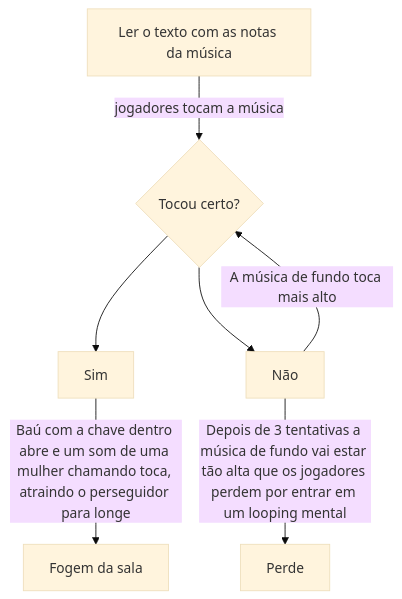
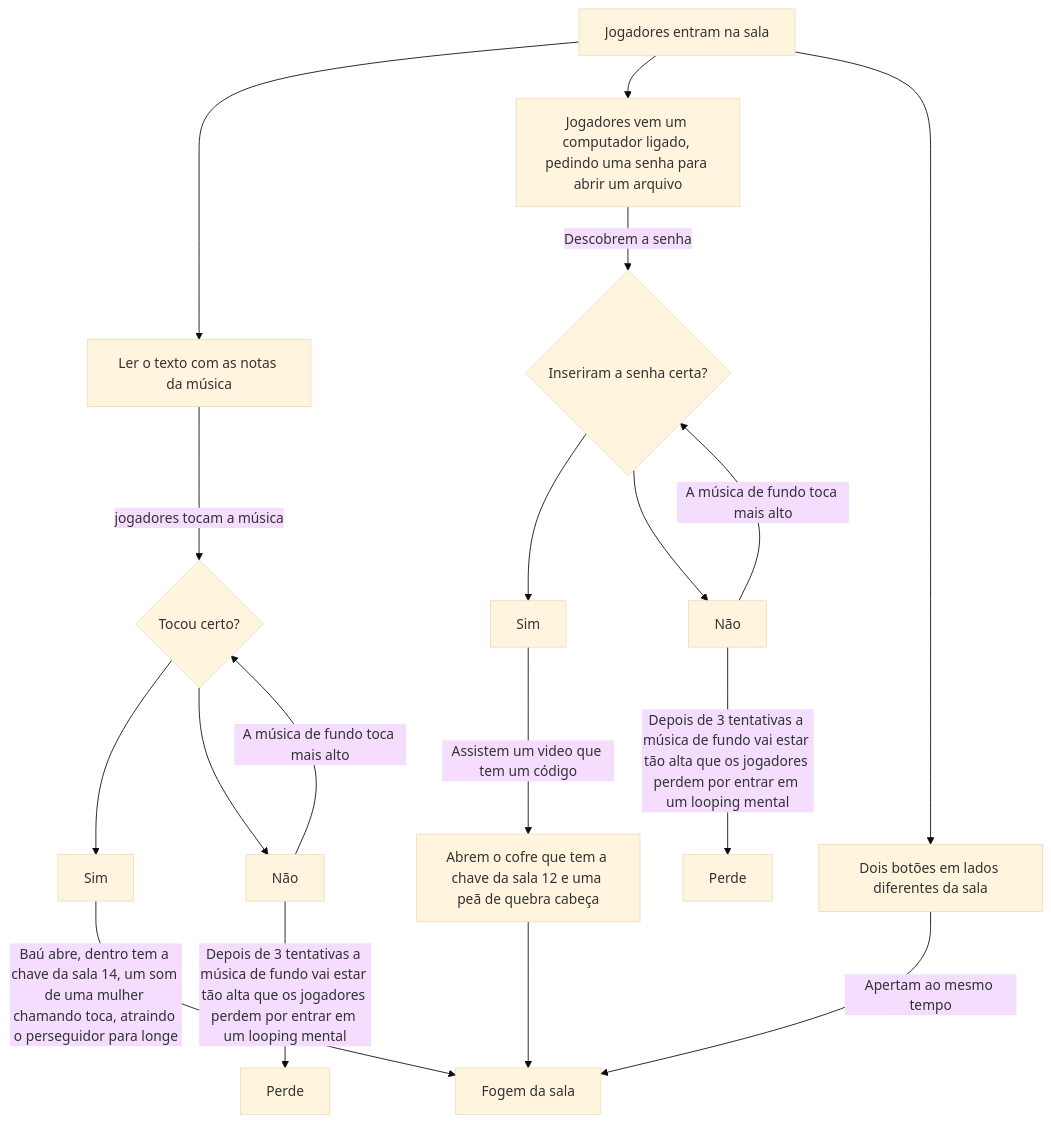
Before and after one commit to ifsc-sj-60808/escape-run: the diagram in docs/cena1.md, drawn with Mermaid (base theme). The commit also changed other lines of this file, not shown here.

````diff
--- a/docs/cena1.md
+++ b/docs/cena1.md
@@ -7,16 +7,35 @@
 ```mermaid
 flowchart TD
-A[Ler o texto com as notas da música]
-B{Tocou certo?}
-C[Sim]
-D[Não]
-E[Fogem da sala]
-F[Perde]
+A[Jogadores entram na sala]
+B[Ler o texto com as notas da música]
+C{Tocou certo?}
+D[Sim]
+E[Não]
+F[Fogem da sala]
+G[Perde]
+H[Jogadores vem um computador ligado, pedindo uma senha para abrir um arquivo]
+I{Inseriram a senha certa?}
+J[Sim]
+K[Não]
+L[Perde]
+M[Abrem o cofre que tem a chave da sala 12 e uma peã de quebra cabeça]
+N[Dois botões em lados diferentes da sala]
 
-A --> |jogadores tocam a música| B
-B --> C
-B --> D
-C --> |Baú com a chave dentro abre e um som de uma mulher chamando toca, atraindo o perseguidor para longe| E
-D --> |A música de fundo toca mais alto| B
-D --> |Depois de 3 tentativas a música de fundo vai estar tão alta que os jogadores perdem por entrar em um looping mental| F
+A --> B
+A --> H
+B--> |jogadores tocam a música| C
+C --> D
+C --> E
+D--> |Baú abre, dentro tem a chave da sala 14, um som de uma mulher chamando toca, atraindo o perseguidor para longe| F
+E --> |A música de fundo toca mais alto| C
+E --> |Depois de 3 tentativas a música de fundo vai estar tão alta que os jogadores perdem por entrar em um looping mental| G
+H --> |Descobrem a senha|I
+I --> J
+I --> K
+K --> |A música de fundo toca mais alto| I
+K --> |Depois de 3 tentativas a música de fundo vai estar tão alta que os jogadores perdem por entrar em um looping mental| L
+J --> |Assistem um video que tem um código|M
+M --> F
+A --> N
+N --> |Apertam ao mesmo tempo|F
 ```
````
